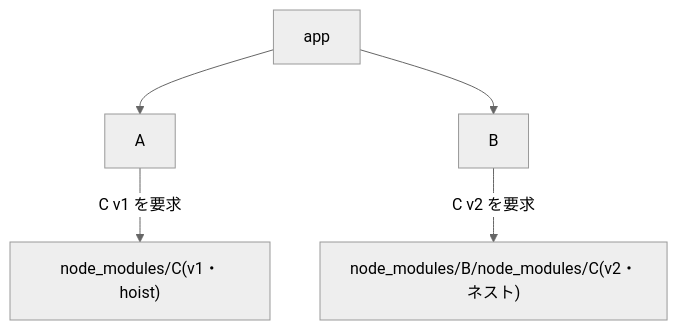
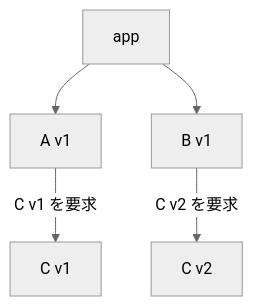
One commit to yamauz/npmg changed the first of 3 diagrams in docs/basics/03-node-modules.md. Above: the diagram before and after it, drawn with Mermaid (neutral theme). The commit also changed other lines of this file and 13 other files, not shown here.

````diff
--- a/docs/basics/03-node-modules.md
+++ b/docs/basics/03-node-modules.md
@@ -77,7 +79,7 @@
 ```mermaid
 flowchart TD
-  app["app"] --> A["A"]
-  app --> B["B"]
-  A -->|"C v1 を要求"| C1["node_modules/C(v1・hoist)"]
-  B -->|"C v2 を要求"| C2["node_modules/B/node_modules/C(v2・ネスト)"]
+  app["app"] --> A["A v1"]
+  app --> B["B v1"]
+  A -->|"C v1 を要求"| C1["C v1"]
+  B -->|"C v2 を要求"| C2["C v2"]
 ```
````
